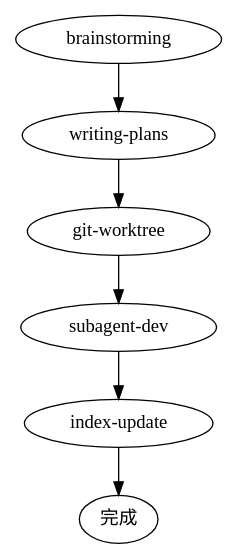
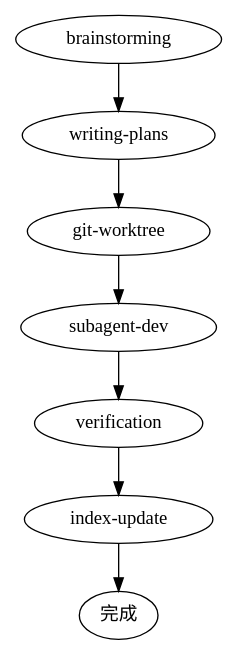
One commit to xiqin/loom changed the diagram in skills/loom-using-loom/SKILL.md. Above: the diagram before and after it, drawn with Graphviz. The commit also changed other lines of this file and 20 other files, not shown here.

````diff
--- a/skills/loom-using-loom/SKILL.md
+++ b/skills/loom-using-loom/SKILL.md
@@ -133,9 +137,10 @@
 ```dot
 digraph loom_workflow {
     "brainstorming" -> "writing-plans";
     "writing-plans" -> "git-worktree";
     "git-worktree" -> "subagent-dev";
-    "subagent-dev" -> "index-update";
+    "subagent-dev" -> "verification";
+    "verification" -> "index-update";
     "index-update" -> "完成";
 }
 ```
````
